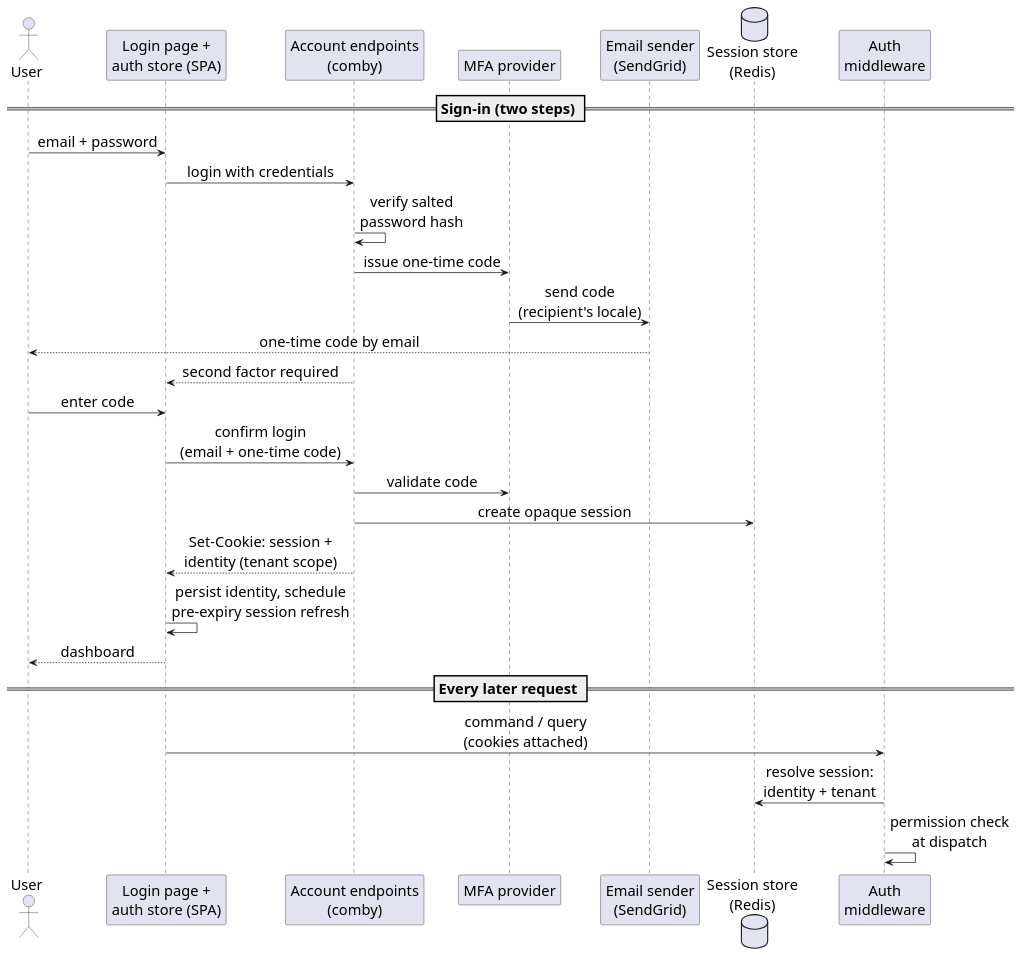
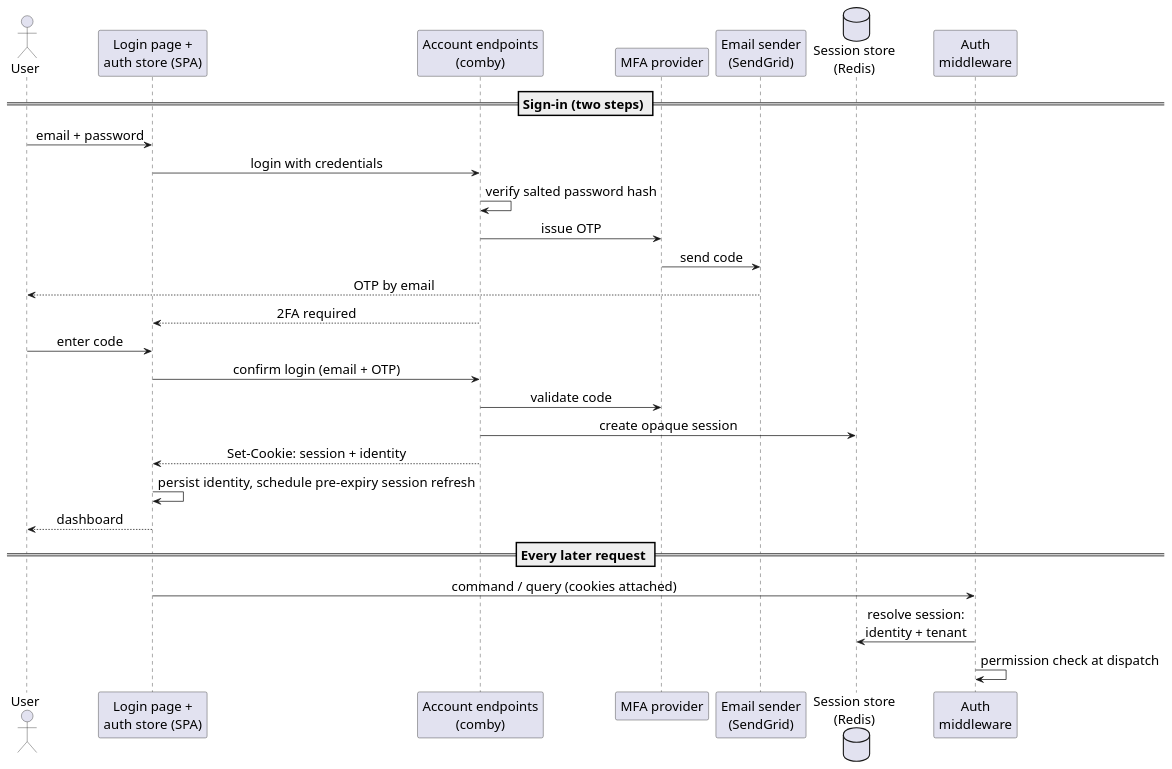
One commit to idris-saddi/pfe-report changed the diagram in report/Chapter4/figures/auth-journey.puml. Above: the diagram before and after it, drawn with PlantUML. The commit also changed 34 other files, not shown here.

First line of the commit message:
Update diagrams and adjust font sizes in PlantUML files

```diff
--- a/report/Chapter4/figures/auth-journey.puml
+++ b/report/Chapter4/figures/auth-journey.puml
@@ -1,42 +1,42 @@
 @startuml auth-journey
 '==============================================================================
 ' Figure (Chapter IV, Identity, access control and multi-tenancy): the
 ' authentication journey across the full stack. Two-step login (credentials,
 ' then an email one-time code), opaque session + identity cookies, and the
 ' authorisation stage every later request passes at dispatch.
 ' Render:  plantuml -tsvg auth-journey.puml  then  rsvg-convert -f pdf
 '==============================================================================
 skinparam shadowing false
 skinparam defaultFontName Helvetica
-skinparam defaultFontSize 20
+skinparam defaultFontSize 18
 skinparam sequenceMessageAlign center
 
 actor "User" as u
 participant "Login page +\nauth store (SPA)" as spa
 participant "Account endpoints\n(comby)" as acc
 participant "MFA provider" as mfa
 participant "Email sender\n(SendGrid)" as mail
 database "Session store\n(Redis)" as sess
 participant "Auth\nmiddleware" as auth
 
 == Sign-in (two steps) ==
 u -> spa : email + password
 spa -> acc : login with credentials
-acc -> acc : verify salted\npassword hash
-acc -> mfa : issue one-time code
-mfa -> mail : send code\n(recipient's locale)
-mail --> u : one-time code by email
-acc --> spa : second factor required
+acc -> acc : verify salted password hash
+acc -> mfa : issue OTP
+mfa -> mail : send code
+mail --> u : OTP by email
+acc --> spa : 2FA required
 u -> spa : enter code
-spa -> acc : confirm login\n(email + one-time code)
+spa -> acc : confirm login (email + OTP)
 acc -> mfa : validate code
 acc -> sess : create opaque session
-acc --> spa : Set-Cookie: session +\nidentity (tenant scope)
-spa -> spa : persist identity, schedule\npre-expiry session refresh
+acc --> spa : Set-Cookie: session + identity
+spa -> spa : persist identity, schedule pre-expiry session refresh
 spa --> u : dashboard
 
 == Every later request ==
-spa -> auth : command / query\n(cookies attached)
+spa -> auth : command / query (cookies attached)
 auth -> sess : resolve session:\nidentity + tenant
-auth -> auth : permission check\nat dispatch
+auth -> auth : permission check at dispatch
 @enduml
```
